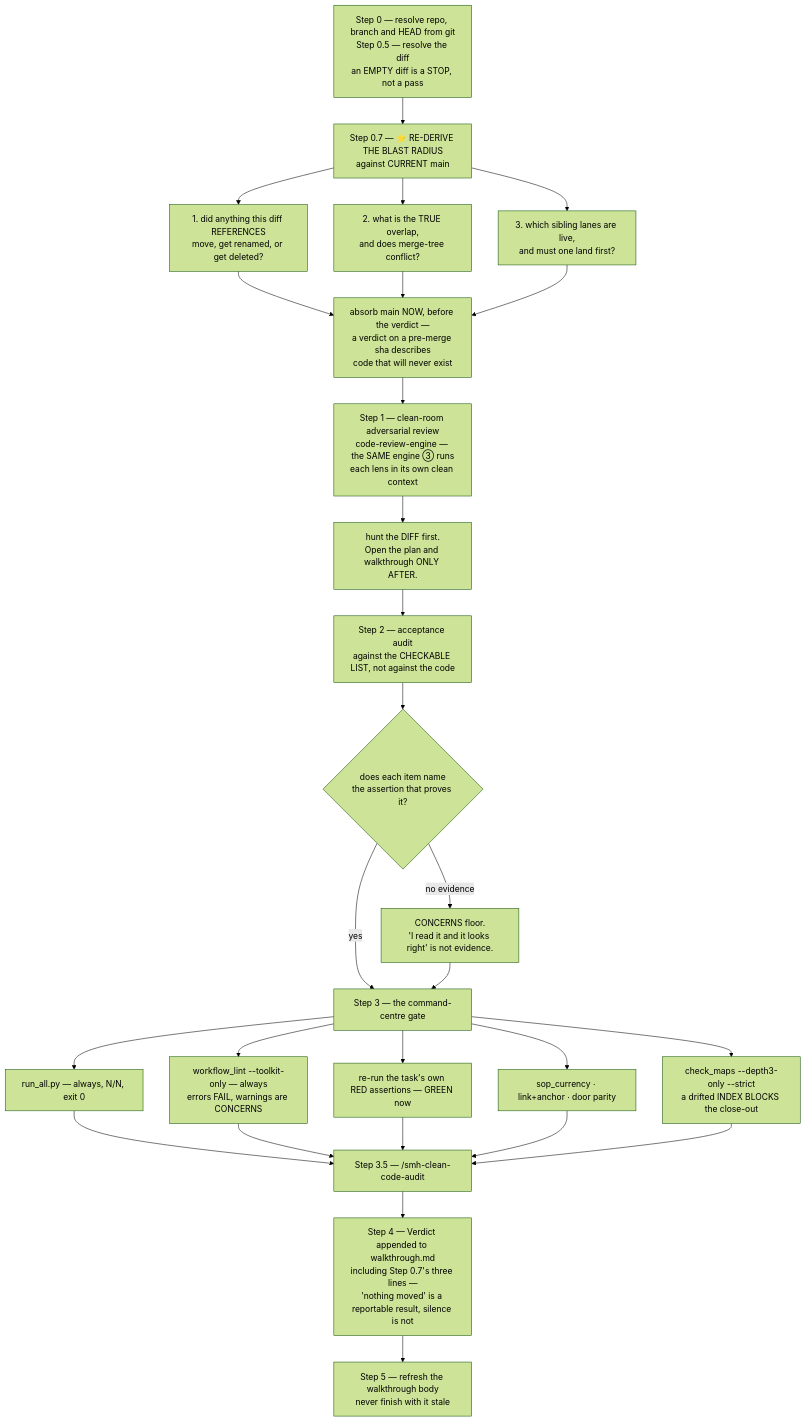
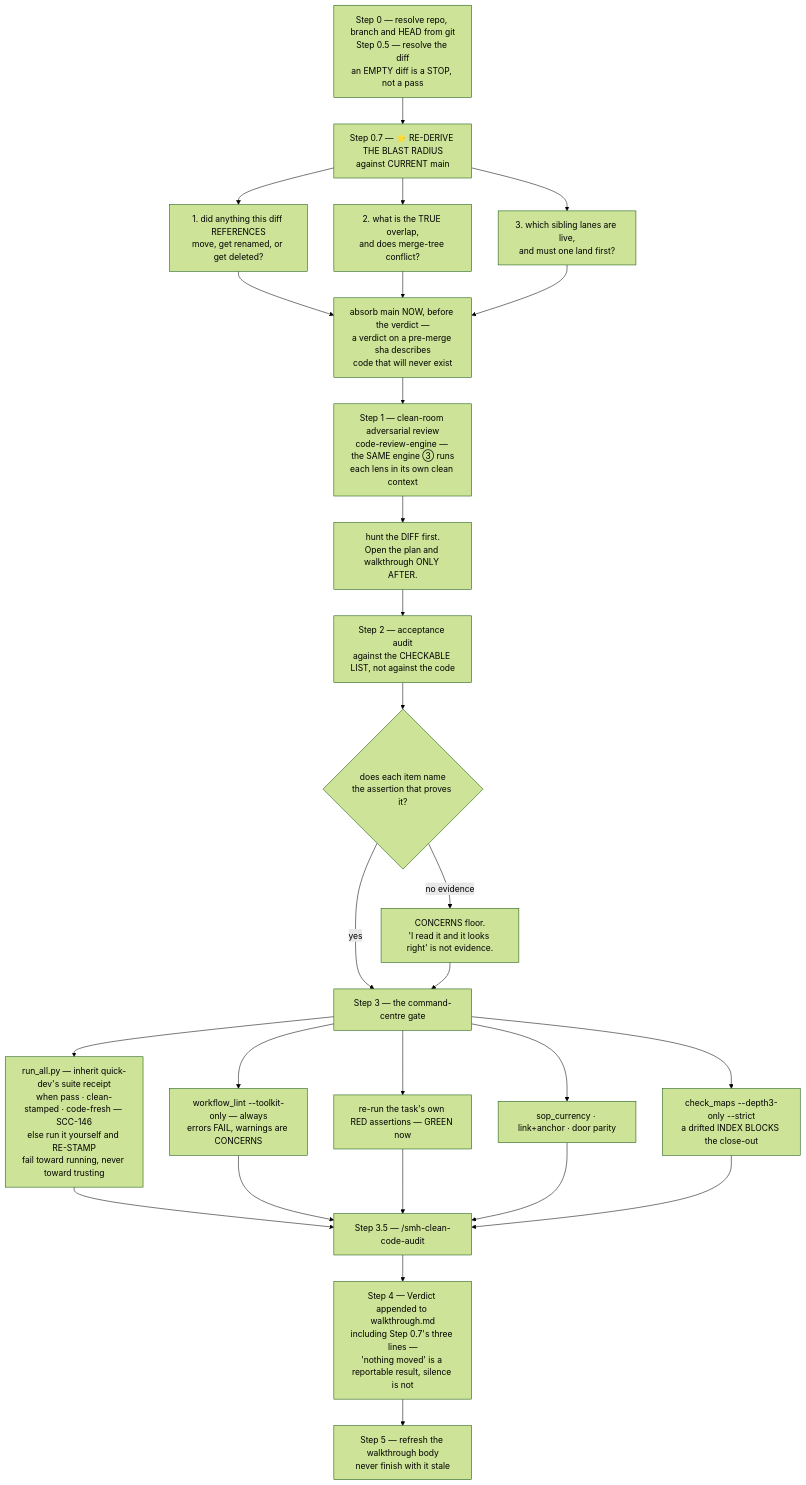
One commit to sudomadhatter/Sudo_Hatter_Command changed diagram 18 of 23 in docs/_scc_sops_prds/workflows_testing_SOP.md. Above: the diagram before and after it, drawn with Mermaid (forest theme). The commit also changed other lines of this file and 12 other files, not shown here.

````diff
--- a/docs/_scc_sops_prds/workflows_testing_SOP.md
+++ b/docs/_scc_sops_prds/workflows_testing_SOP.md
@@ -1180,29 +1183,29 @@
 ```mermaid
 flowchart TD
     S0["Step 0 — resolve repo, branch and HEAD from git\nStep 0.5 — resolve the diff\nan EMPTY diff is a STOP, not a pass"] --> S07["Step 0.7 — ⭐ RE-DERIVE THE BLAST RADIUS\nagainst CURRENT main"]
     S07 --> Q1["1. did anything this diff REFERENCES\nmove, get renamed, or get deleted?"]
     S07 --> Q2["2. what is the TRUE overlap,\nand does merge-tree conflict?"]
     S07 --> Q3["3. which sibling lanes are live,\nand must one land first?"]
     Q1 --> ABS["absorb main NOW, before the verdict —\na verdict on a pre-merge sha describes\ncode that will never exist"]
     Q2 --> ABS
     Q3 --> ABS
     ABS --> S1["Step 1 — clean-room adversarial review\ncode-review-engine — the SAME engine ③ runs\neach lens in its own clean context"]
     S1 --> ORD["hunt the DIFF first.\nOpen the plan and walkthrough ONLY AFTER."]
     ORD --> S2["Step 2 — acceptance audit\nagainst the CHECKABLE LIST, not against the code"]
     S2 --> EV{"does each item name\nthe assertion that proves it?"}
     EV -- "no evidence" --> CONC["CONCERNS floor.\n'I read it and it looks right' is not evidence."]
     EV -- "yes" --> S3["Step 3 — the command-centre gate"]
     CONC --> S3
-    S3 --> G1["run_all.py — always, N/N, exit 0"]
+    S3 --> G1["run_all.py — inherit quick-dev's suite receipt\nwhen pass · clean-stamped · code-fresh — SCC-146\nelse run it yourself and RE-STAMP\nfail toward running, never toward trusting"]
     S3 --> G2["workflow_lint --toolkit-only — always\nerrors FAIL, warnings are CONCERNS"]
     S3 --> G3["re-run the task's own RED assertions — GREEN now"]
     S3 --> G4["sop_currency · link+anchor · door parity"]
     S3 --> G5["check_maps --depth3-only --strict\na drifted INDEX BLOCKS the close-out"]
     G1 --> S35["Step 3.5 — /smh-clean-code-audit"]
     G2 --> S35
     G3 --> S35
     G4 --> S35
     G5 --> S35
     S35 --> S4["Step 4 — Verdict appended to walkthrough.md\nincluding Step 0.7's three lines —\n'nothing moved' is a reportable result, silence is not"]
     S4 --> S5["Step 5 — refresh the walkthrough body\nnever finish with it stale"]
 ```
````
